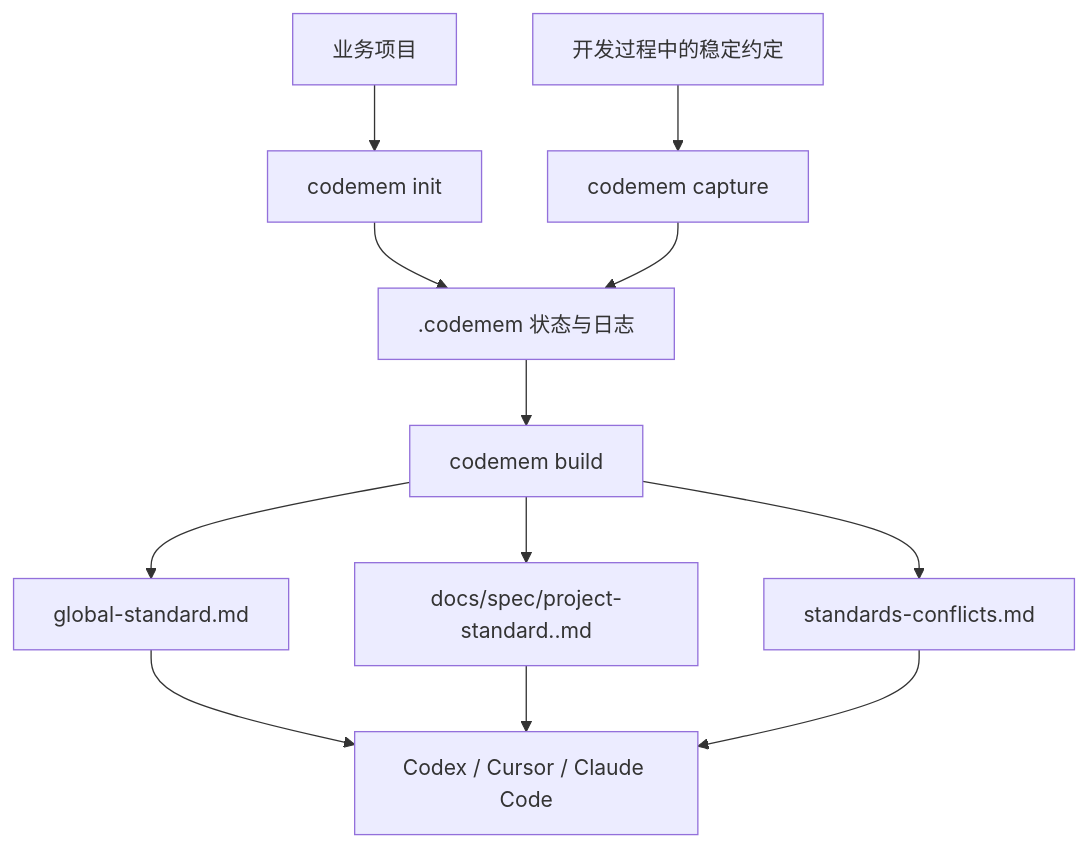
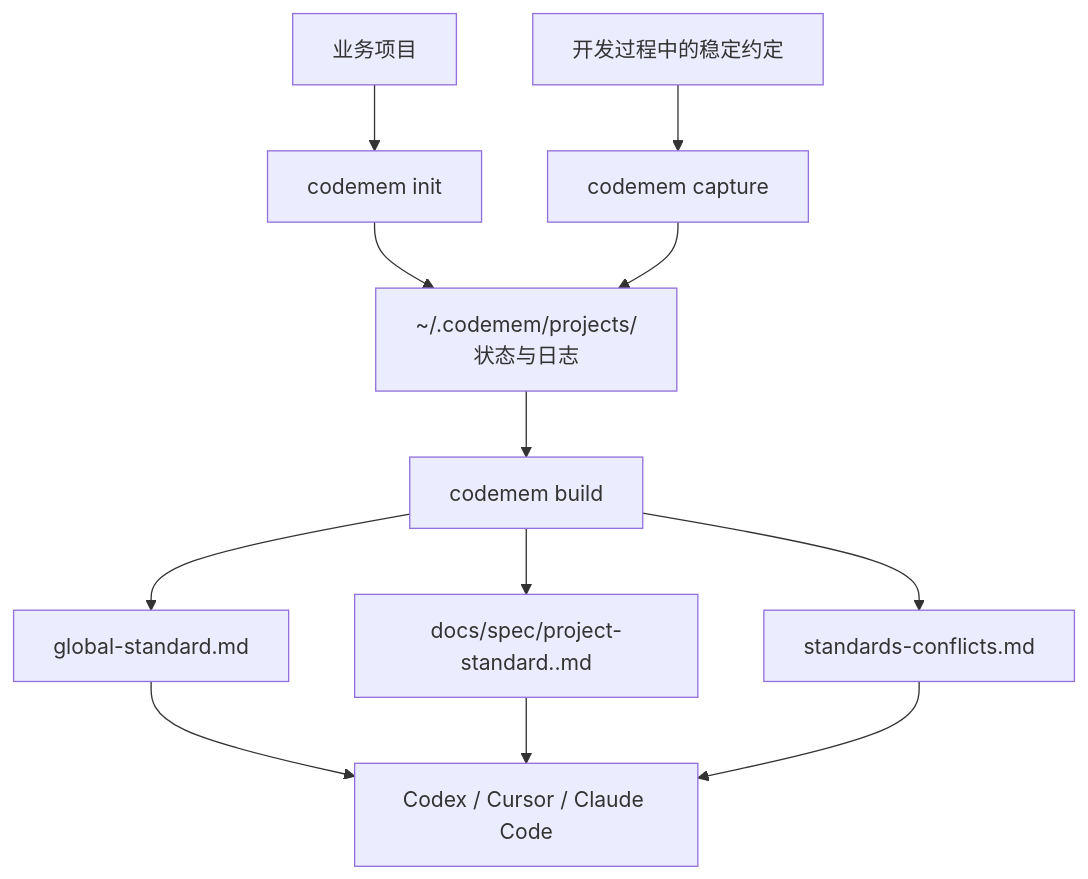
Before and after one commit to fzf926/codemem: the diagram in docs/SHARE.md, drawn with Mermaid. The commit also changed other lines of this file and 22 other files, not shown here.

Commit message:
Store project state under codemem home

````diff
--- a/docs/SHARE.md
+++ b/docs/SHARE.md
@@ -26,14 +26,14 @@
 ```mermaid
 flowchart TD
   A["业务项目"] --> B["codemem init"]
-  B --> C[".codemem 状态与日志"]
+  B --> C["~/.codemem/projects/<project_state_key><br/>状态与日志"]
   D["开发过程中的稳定约定"] --> E["codemem capture"]
   E --> C
   C --> F["codemem build"]
   F --> G["global-standard.md"]
   F --> H["docs/spec/project-standard.<project>.md"]
   F --> I["standards-conflicts.md"]
   G --> J["Codex / Cursor / Claude Code"]
   H --> J
   I --> J
 ```
````
